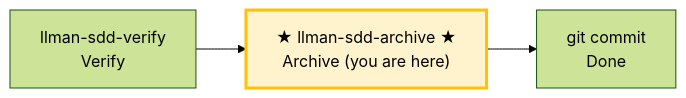
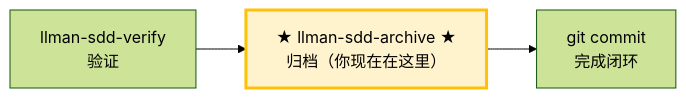
One commit to StrayDragon/crystalith changed the diagram in .agents/skills/llman-sdd-archive/SKILL.md. Above: the diagram before and after it, drawn with Mermaid (forest theme). The commit also changed other lines of this file and 12 other files, not shown here.

Commit message:
agentdev: update llman sdd skills

````diff
--- a/.agents/skills/llman-sdd-archive/SKILL.md
+++ b/.agents/skills/llman-sdd-archive/SKILL.md
@@ -14,8 +14,8 @@
 ```mermaid
 flowchart LR
-    verify["llman-sdd-verify<br/>Verify"] --> archive
-    archive["★ llman-sdd-archive ★<br/>Archive (you are here)"]
-    archive --> commit["git commit<br/>Done"]
+    verify["llman-sdd-verify<br/>验证"] --> archive
+    archive["★ llman-sdd-archive ★<br/>归档（你现在在这里）"]
+    archive --> commit["git commit<br/>完成闭环"]
 
     style archive fill:#fff3cd,stroke:#ffc107,stroke-width:3px
 ```
````
